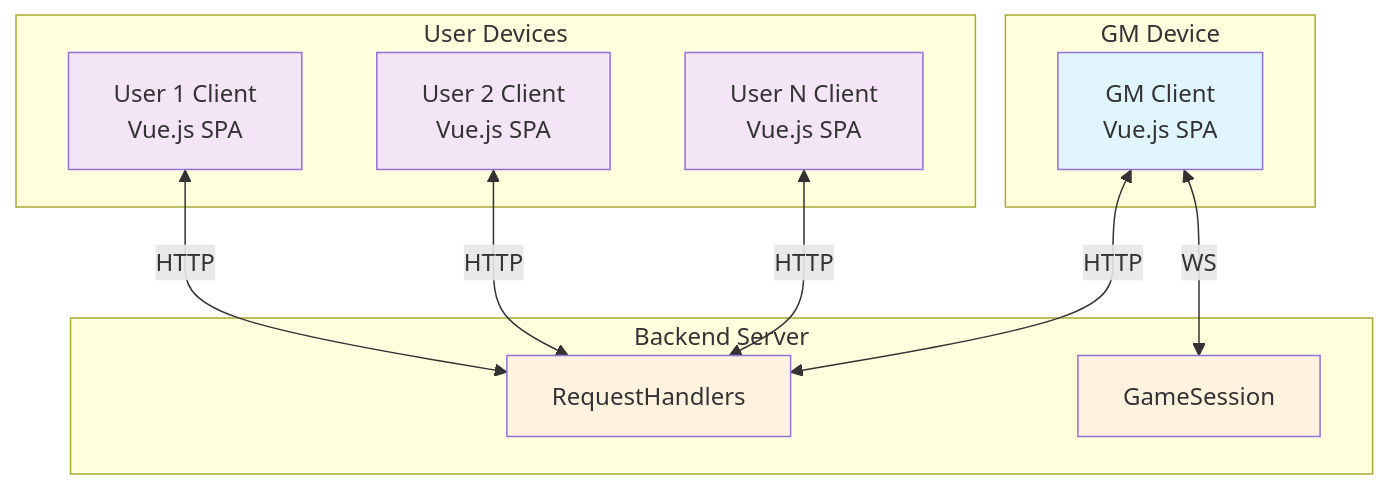
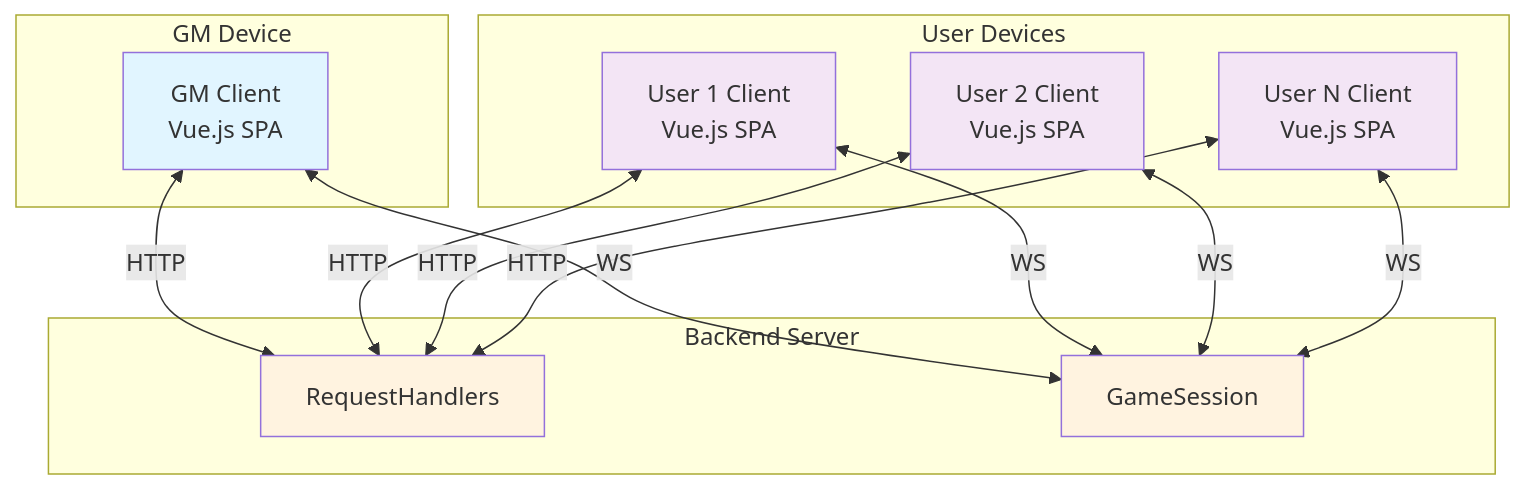
Before and after one commit to jakob-rzeppa/turnkeeper: the seventh of 14 diagrams in backend/ARCHITECTURE.md, drawn with Mermaid. The commit also changed other lines of this file and 2 other files, not shown here.

````diff
--- a/backend/ARCHITECTURE.md
+++ b/backend/ARCHITECTURE.md
@@ -300,30 +305,33 @@
 ```mermaid
 graph TB
     subgraph "GM Device"
         GM[GM Client<br/>Vue.js SPA]
     end
 
     subgraph "Backend Server"
         API[RequestHandlers]
         WS[GameSession]
     end
 
     subgraph "User Devices"
         U1[User 1 Client<br/>Vue.js SPA]
         U2[User 2 Client<br/>Vue.js SPA]
         U3[User N Client<br/>Vue.js SPA]
     end
 
     GM <-->|HTTP| API
     GM <-->|WS| WS
     U1 <-->|HTTP| API
+    U1 <-->|WS| WS
     U2 <-->|HTTP| API
+    U2 <-->|WS| WS
     U3 <-->|HTTP| API
+    U3 <-->|WS| WS
 
     style GM fill:#e1f5ff
     style API fill:#fff3e0
     style WS fill:#fff3e0
     style U1 fill:#f3e5f5
     style U2 fill:#f3e5f5
     style U3 fill:#f3e5f5
 ```
````
